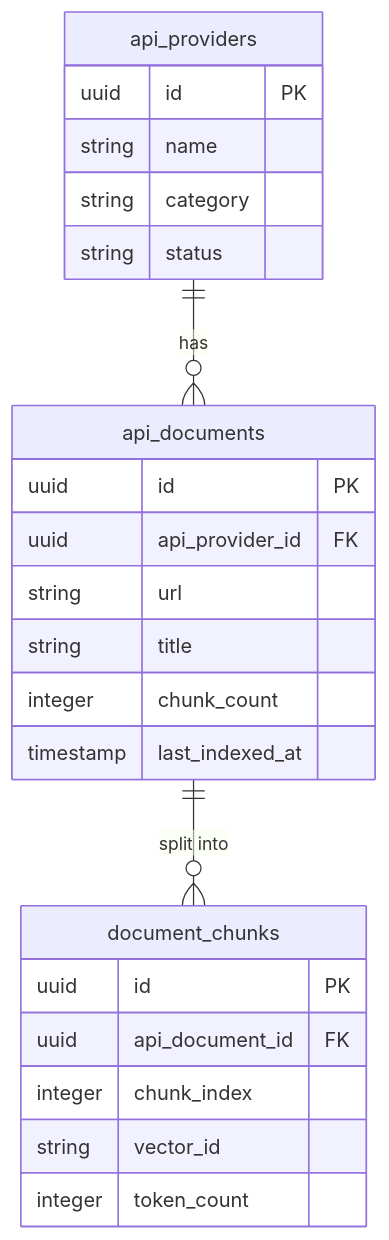
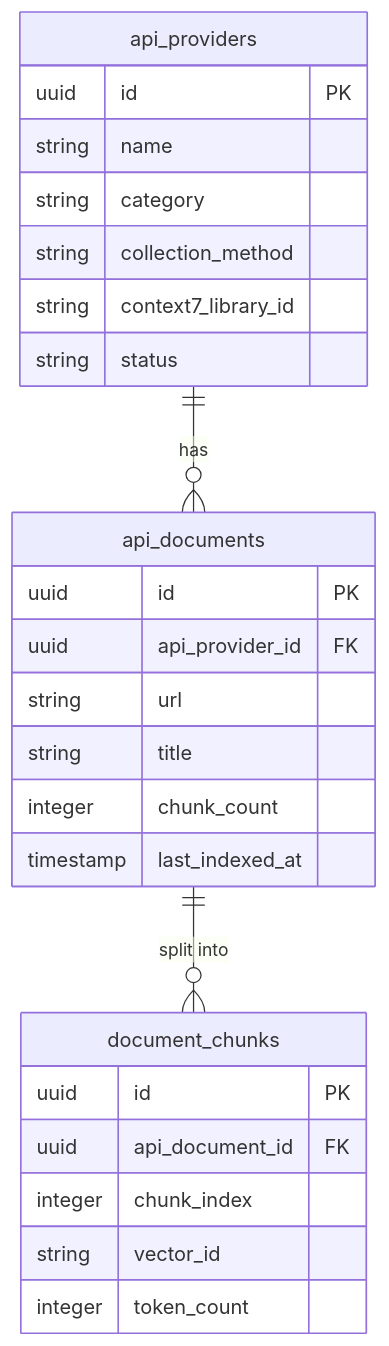
One commit to johunsang/api-intel changed the third of 3 diagrams in docs/02-시스템설계/데이터베이스설계서.md. Above: the diagram before and after it, drawn with Mermaid. The commit also changed other lines of this file and 91 other files, not shown here.

````diff
--- a/docs/02-시스템설계/데이터베이스설계서.md
+++ b/docs/02-시스템설계/데이터베이스설계서.md
@@ -216,29 +218,31 @@
 ```mermaid
 erDiagram
     api_providers ||--o{ api_documents : "has"
     api_documents ||--o{ document_chunks : "split into"
 
     api_providers {
         uuid id PK
         string name
         string category
+        string collection_method
+        string context7_library_id
         string status
     }
 
     api_documents {
         uuid id PK
         uuid api_provider_id FK
         string url
         string title
         integer chunk_count
         timestamp last_indexed_at
     }
 
     document_chunks {
         uuid id PK
         uuid api_document_id FK
         integer chunk_index
         string vector_id
         integer token_count
     }
 ```
````
